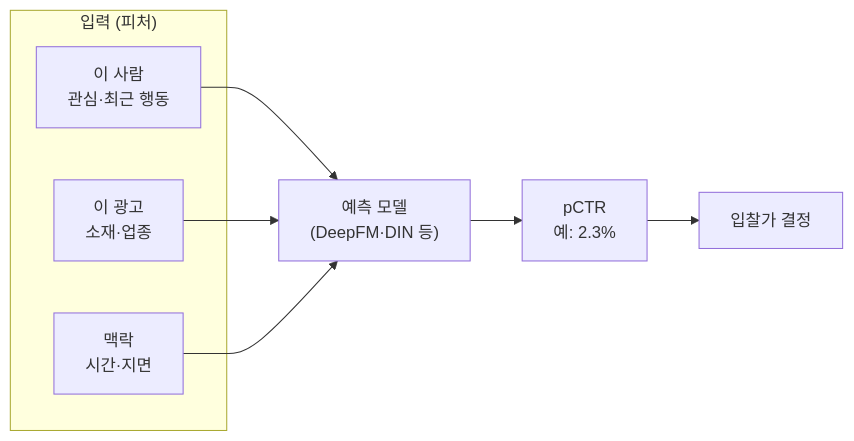
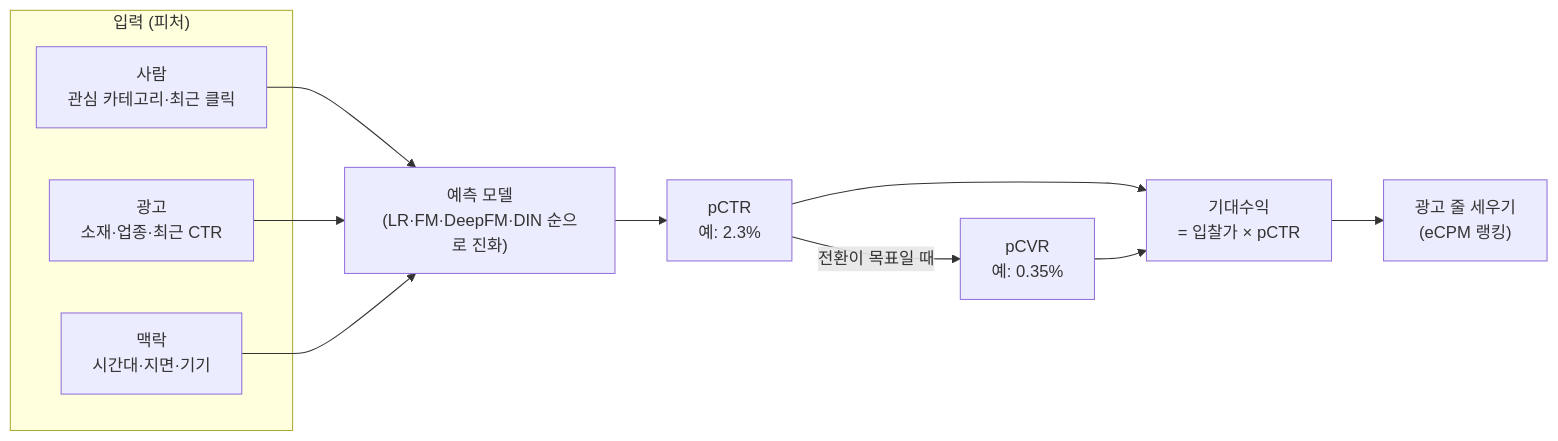
The diagram in posts/pctr-prediction.md (chkimsu/adtech-blog), drawn with Mermaid before and after one commit. The commit also changed other lines of this file and 1 other file, not shown here.

First line of the commit message:
docs(posts): pCTR 재작성 — eCPM 랭킹·보정 가데이터·AUC 불변 증명 코드까지

````diff
--- a/posts/pctr-prediction.md
+++ b/posts/pctr-prediction.md
@@ -41,15 +153,19 @@
 ```mermaid
 graph LR
   subgraph IN["입력 (피처)"]
-    U["이 사람<br/>관심·최근 행동"]
-    A["이 광고<br/>소재·업종"]
-    C["맥락<br/>시간·지면"]
+    U["사람<br/>관심 카테고리·최근 클릭"]
+    A["광고<br/>소재·업종·최근 CTR"]
+    C["맥락<br/>시간대·지면·기기"]
   end
-  M["예측 모델<br/>(DeepFM·DIN 등)"]
+  M["예측 모델<br/>(LR·FM·DeepFM·DIN 순으로 진화)"]
   P["pCTR<br/>예: 2.3%"]
-  B["입찰가 결정"]
+  V["pCVR<br/>예: 0.35%"]
+  E["기대수익<br/>= 입찰가 × pCTR"]
+  R["광고 줄 세우기<br/>(eCPM 랭킹)"]
   U --> M
   A --> M
   C --> M
-  M --> P --> B
+  M --> P --> E
+  P -->|전환이 목표일 때| V --> E
+  E --> R
 ```
````
